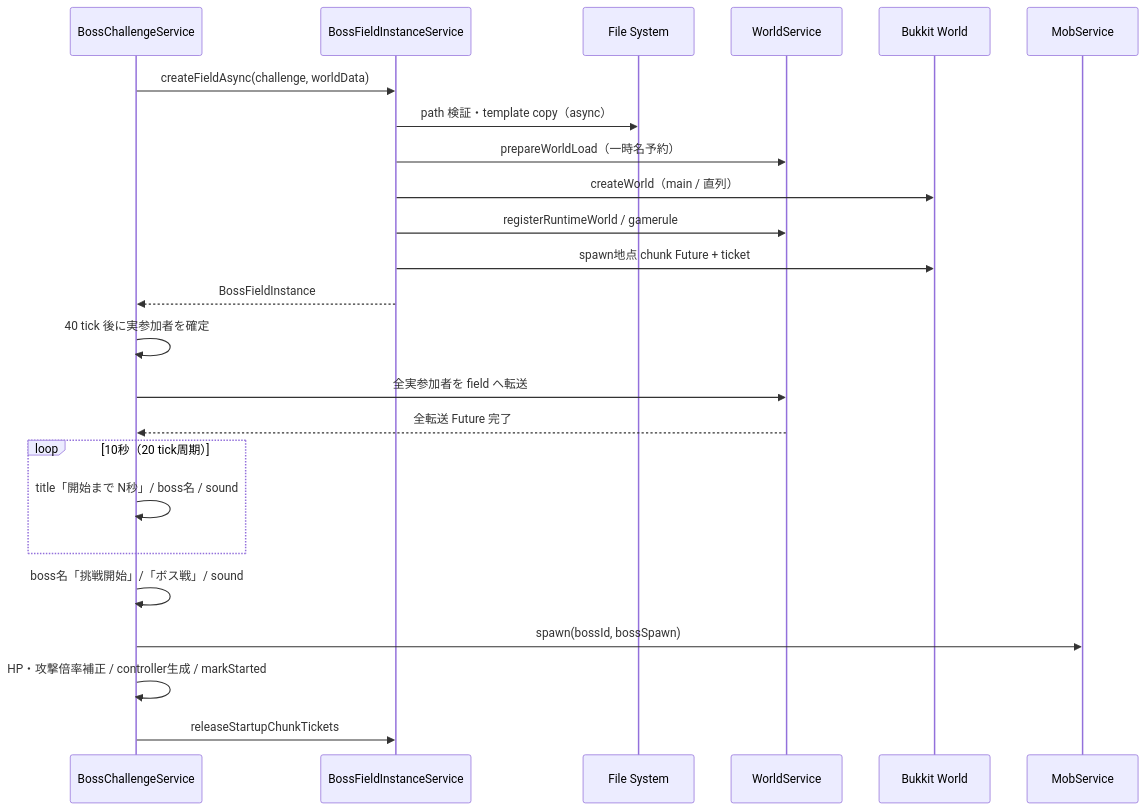
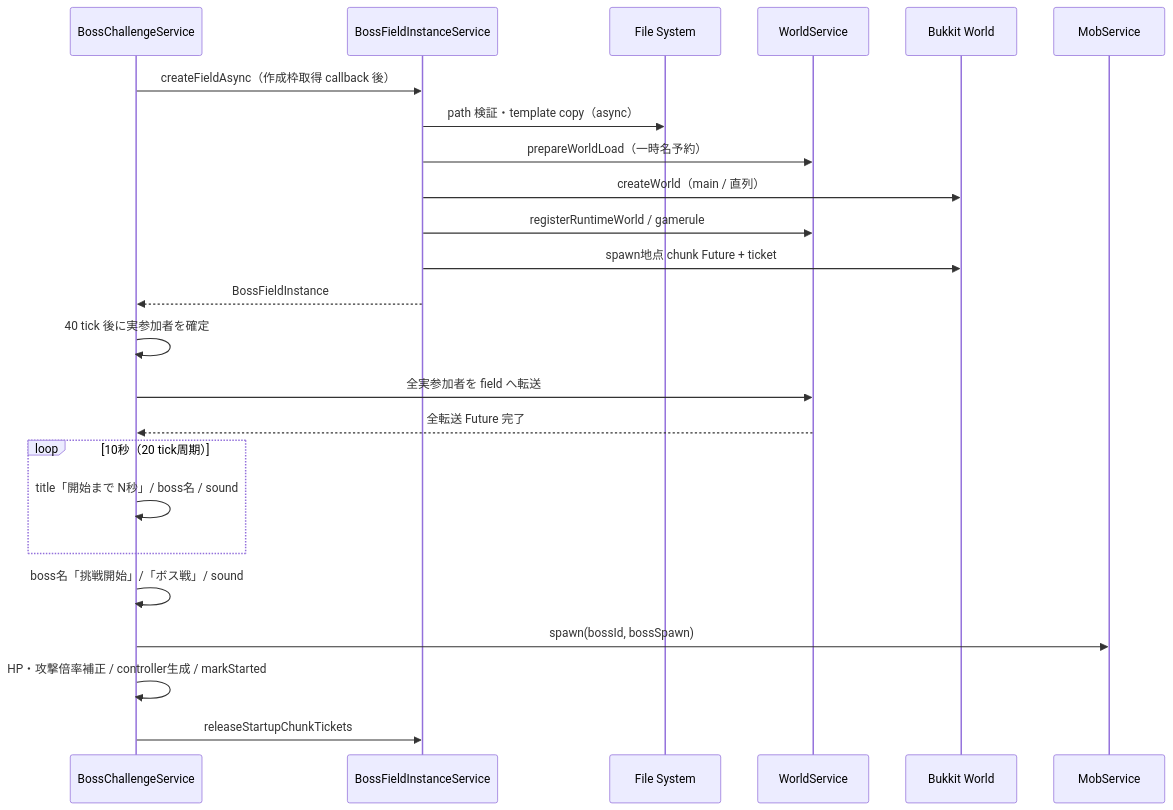
Before and after one commit to maaasu/AstralRecord-Workspace: the second of 6 diagrams in 00_docs/10_Plugin設計書/feature/26-boss/26_4-統合フロー.md, drawn with Mermaid. The commit also changed other lines of this file and 8 other files, not shown here.

````diff
--- a/00_docs/10_Plugin設計書/feature/26-boss/26_4-統合フロー.md
+++ b/00_docs/10_Plugin設計書/feature/26-boss/26_4-統合フロー.md
@@ -46,27 +54,27 @@
 ```mermaid
 sequenceDiagram
     participant B as BossChallengeService
     participant F as BossFieldInstanceService
     participant FS as File System
     participant WS as WorldService
     participant BW as Bukkit World
     participant M as MobService
 
-    B->>F: createFieldAsync(challenge, worldData)
+    B->>F: createFieldAsync（作成枠取得 callback 後）
     F->>FS: path 検証・template copy（async）
     F->>WS: prepareWorldLoad（一時名予約）
     F->>BW: createWorld（main / 直列）
     F->>WS: registerRuntimeWorld / gamerule
     F->>BW: spawn地点 chunk Future + ticket
     F-->>B: BossFieldInstance
     B->>B: 40 tick 後に実参加者を確定
     B->>WS: 全実参加者を field へ転送
     WS-->>B: 全転送 Future 完了
     loop 10秒（20 tick周期）
         B->>B: title「開始まで N秒」/ boss名 / sound
     end
     B->>B: boss名「挑戦開始」/「ボス戦」/ sound
     B->>M: spawn(bossId, bossSpawn)
     B->>B: HP・攻撃倍率補正 / controller生成 / markStarted
     B->>F: releaseStartupChunkTickets
 ```
````
